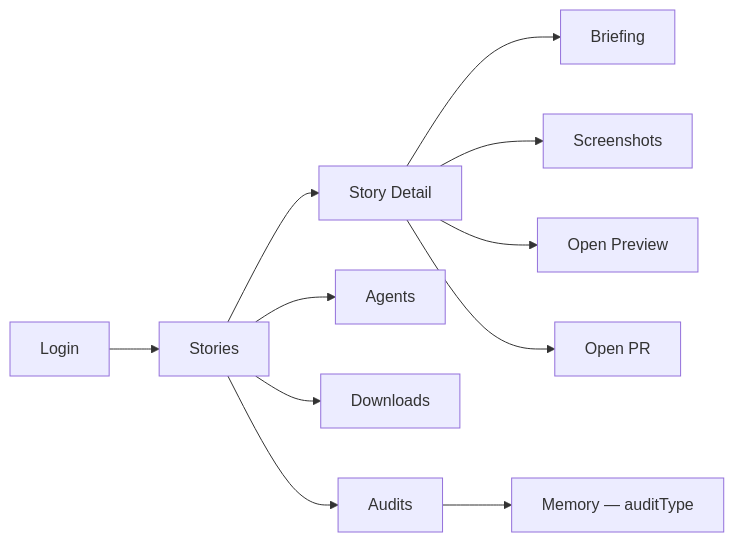
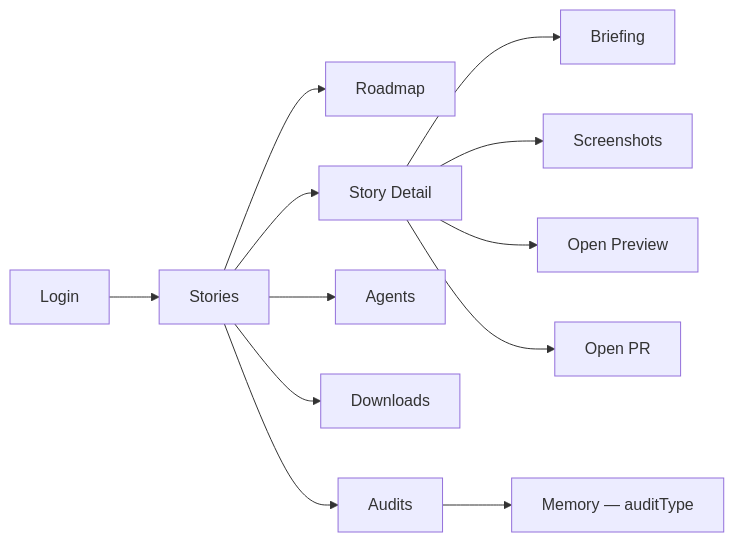
Before and after one commit to robbertvdzon/software-factory: the diagram in docs/factory/ux/screen-map.md, drawn with Mermaid. The commit also changed other lines of this file and 31 other files, not shown here.

Commit message:
Voeg klantgestuurde roadmap met epic-afhankelijkheden toe

````diff
--- a/docs/factory/ux/screen-map.md
+++ b/docs/factory/ux/screen-map.md
@@ -62,13 +63,14 @@
 ```mermaid
 flowchart LR
     Login["Login"] --> Stories["Stories"]
+    Stories --> Roadmap["Roadmap"]
     Stories --> Detail["Story Detail"]
     Detail --> Briefing["Briefing"]
     Detail --> Screenshots["Screenshots"]
     Detail --> Preview["Open Preview"]
     Detail --> PullRequest["Open PR"]
     Stories --> Agents["Agents"]
     Stories --> Downloads["Downloads"]
     Stories --> Audits["Audits"]
     Audits --> Memory["Memory — auditType"]
 ```
````
